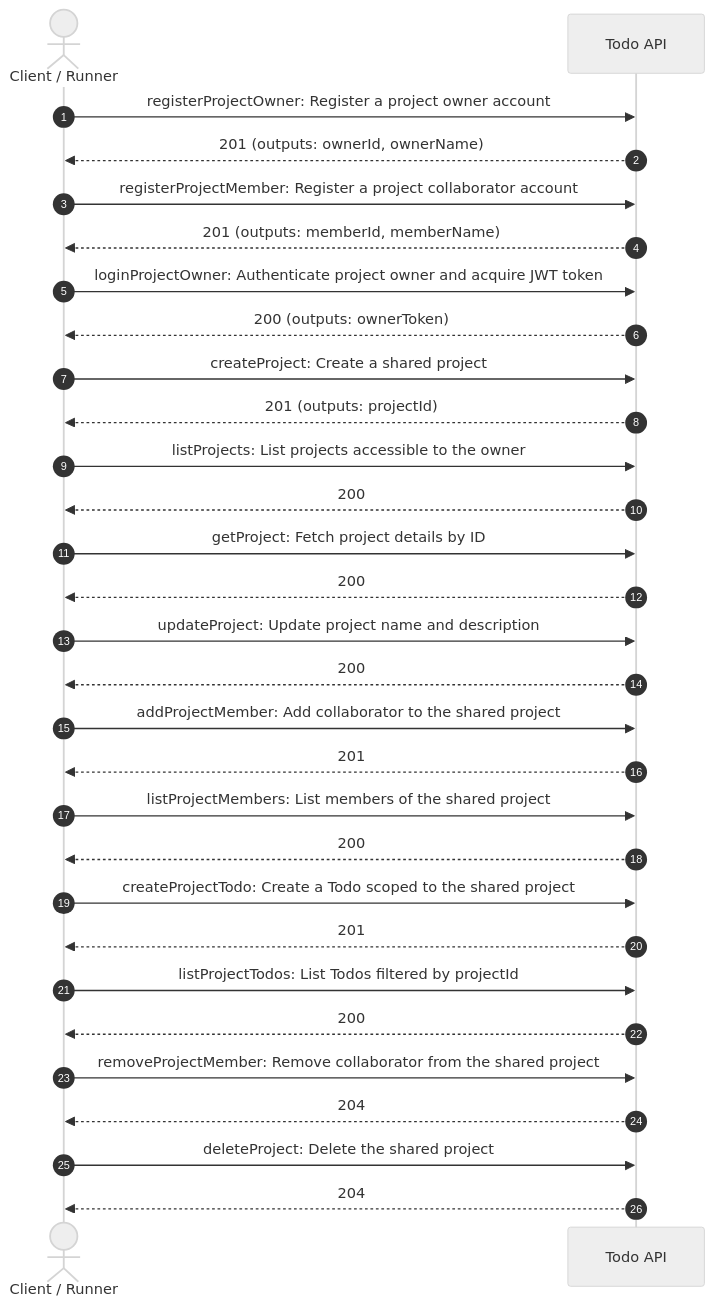
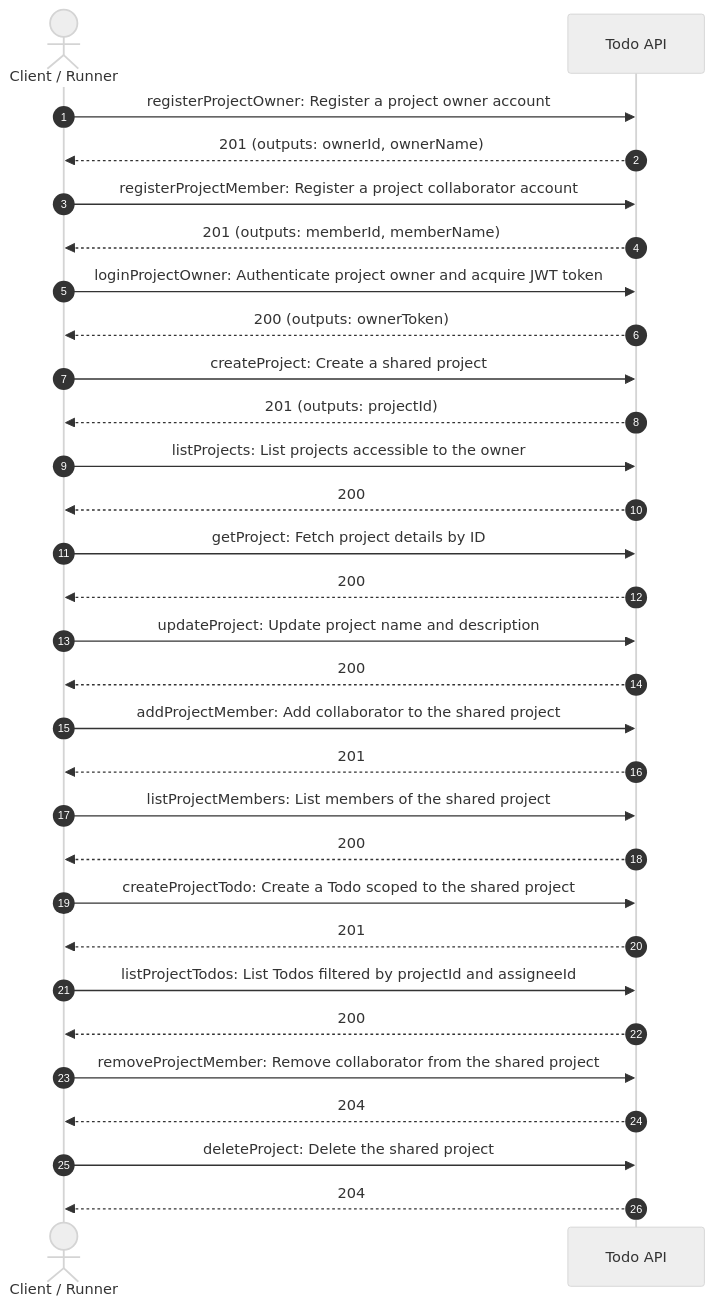
The third of 3 diagrams in docs/workflows/README.md (tom009924/sandbox), drawn with Mermaid (neutral theme) before and after one commit. The commit also changed 18 other files, not shown here.

Commit message:
feat(todo): add assigneeId support for project-scoped todos

````diff
--- a/docs/workflows/README.md
+++ b/docs/workflows/README.md
@@ -68,32 +68,32 @@
 ```mermaid
 sequenceDiagram
     autonumber
     actor Client as Client / Runner
     participant API as Todo API
     Client->>API: registerProjectOwner: Register a project owner account
     API-->>Client: 201 (outputs: ownerId, ownerName)
     Client->>API: registerProjectMember: Register a project collaborator account
     API-->>Client: 201 (outputs: memberId, memberName)
     Client->>API: loginProjectOwner: Authenticate project owner and acquire JWT token
     API-->>Client: 200 (outputs: ownerToken)
     Client->>API: createProject: Create a shared project
     API-->>Client: 201 (outputs: projectId)
     Client->>API: listProjects: List projects accessible to the owner
     API-->>Client: 200
     Client->>API: getProject: Fetch project details by ID
     API-->>Client: 200
     Client->>API: updateProject: Update project name and description
     API-->>Client: 200
     Client->>API: addProjectMember: Add collaborator to the shared project
     API-->>Client: 201
     Client->>API: listProjectMembers: List members of the shared project
     API-->>Client: 200
     Client->>API: createProjectTodo: Create a Todo scoped to the shared project
     API-->>Client: 201
-    Client->>API: listProjectTodos: List Todos filtered by projectId
+    Client->>API: listProjectTodos: List Todos filtered by projectId and assigneeId
     API-->>Client: 200
     Client->>API: removeProjectMember: Remove collaborator from the shared project
     API-->>Client: 204
     Client->>API: deleteProject: Delete the shared project
     API-->>Client: 204
 ```
````
